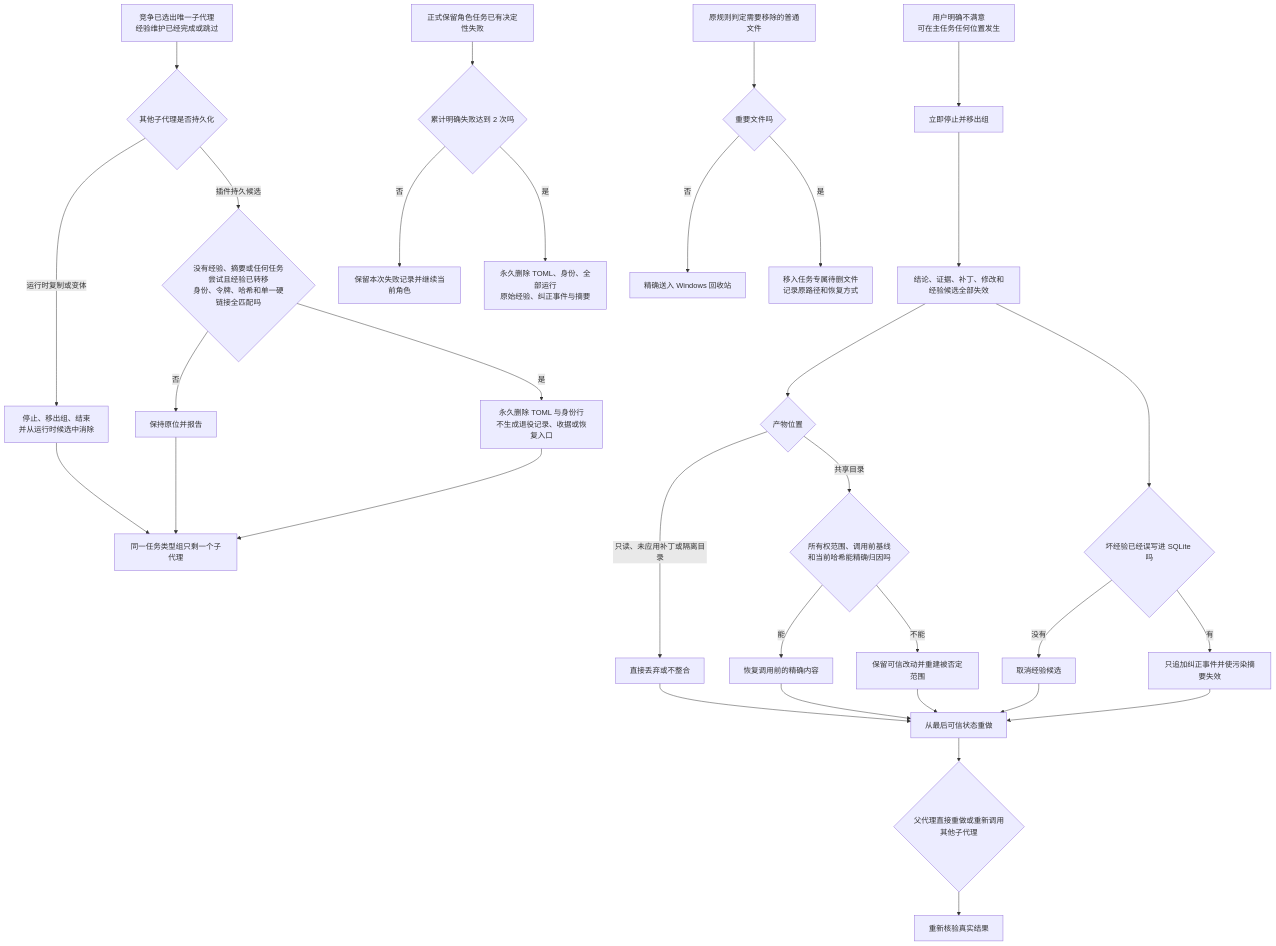
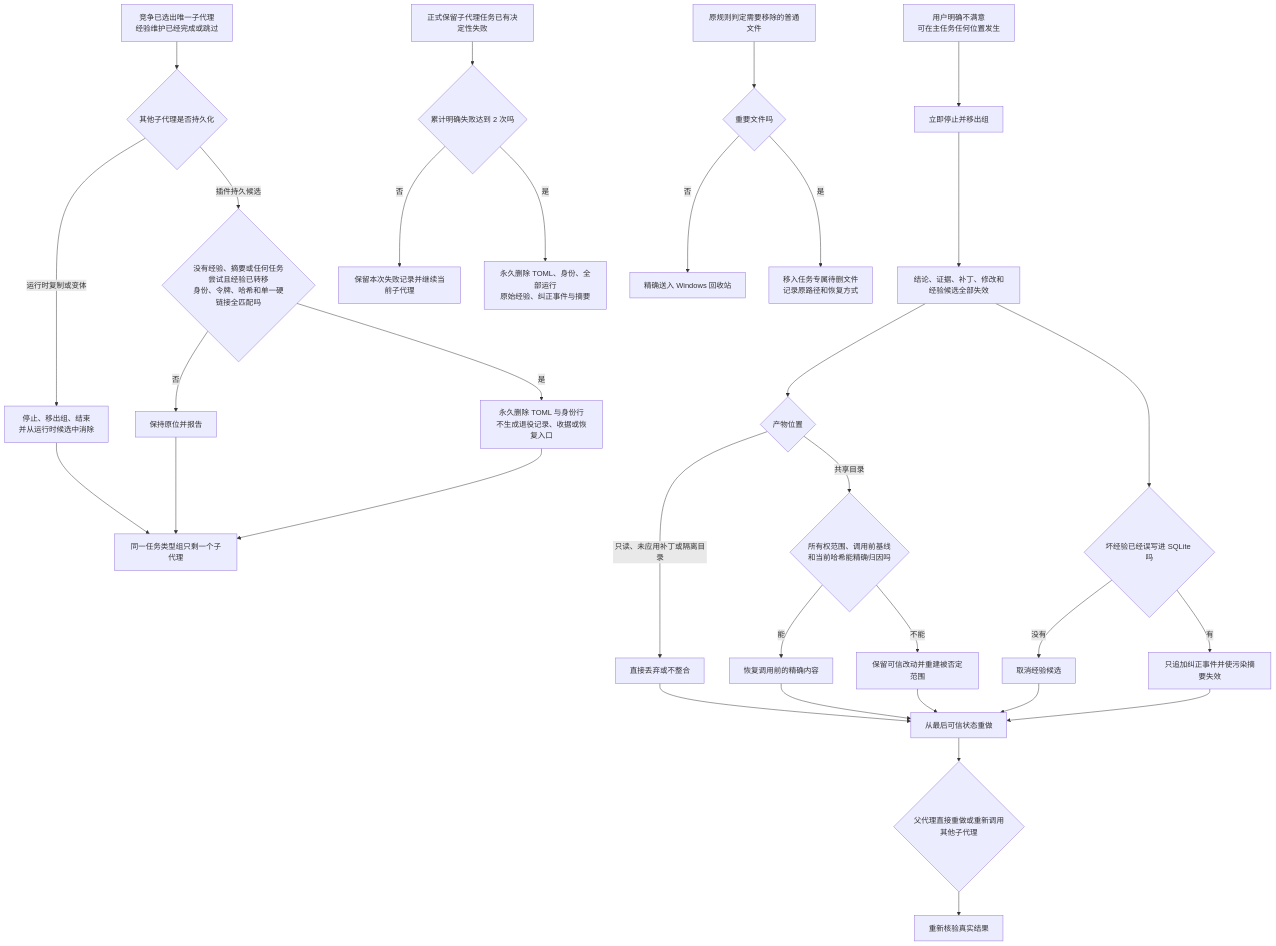
One commit to Lang45/codex-lean-stack changed diagram 12 of 13 in skills/lean-stack/references/flowcharts-zh.md. Above: the diagram before and after it, drawn with Mermaid. The commit also changed other lines of this file and 19 other files, not shown here.

````diff
--- a/skills/lean-stack/references/flowcharts-zh.md
+++ b/skills/lean-stack/references/flowcharts-zh.md
@@ -661,34 +658,34 @@
 ```mermaid
 flowchart TD
     A[竞争已选出唯一子代理<br/>经验维护已经完成或跳过] --> C{其他子代理是否持久化}
     C -->|运行时复制或变体| D[停止、移出组、结束<br/>并从运行时候选中消除]
     C -->|插件持久候选| E{没有经验、摘要或任何任务尝试且经验已转移<br/>身份、令牌、哈希和单一硬链接全匹配吗}
     E -->|否| F[保持原位并报告]
     E -->|是| G[永久删除 TOML 与身份行<br/>不生成退役记录、收据或恢复入口]
     D --> H[同一任务类型组只剩一个子代理]
     F --> H
     G --> H
-    Z[正式保留角色任务已有决定性失败] --> Z1{累计明确失败达到 2 次吗}
-    Z1 -->|否| Z2[保留本次失败记录并继续当前角色]
+    Z[正式保留子代理任务已有决定性失败] --> Z1{累计明确失败达到 2 次吗}
+    Z1 -->|否| Z2[保留本次失败记录并继续当前子代理]
     Z1 -->|是| Z3[永久删除 TOML、身份、全部运行<br/>原始经验、纠正事件与摘要]
     B[用户明确不满意<br/>可在主任务任何位置发生] --> I[立即停止并移出组]
     I --> J[结论、证据、补丁、修改和经验候选全部失效]
     J --> K{产物位置}
     K -->|只读、未应用补丁或隔离目录| L[直接丢弃或不整合]
     K -->|共享目录| M{所有权范围、调用前基线<br/>和当前哈希能精确归因吗}
     M -->|能| N[恢复调用前的精确内容]
     M -->|不能| O[保留可信改动并重建被否定范围]
     J --> P{坏经验已经误写进 SQLite 吗}
     P -->|没有| Q[取消经验候选]
     P -->|有| R[只追加纠正事件并使污染摘要失效]
     L --> S[从最后可信状态重做]
     N --> S
     O --> S
     Q --> S
     R --> S
     S --> T{父代理直接重做或重新调用其他子代理}
     T --> U[重新核验真实结果]
     V[原规则判定需要移除的普通文件] --> W{重要文件吗}
     W -->|否| X[精确送入 Windows 回收站]
     W -->|是| Y[移入任务专属待删文件<br/>记录原路径和恢复方式]
 ```
````
